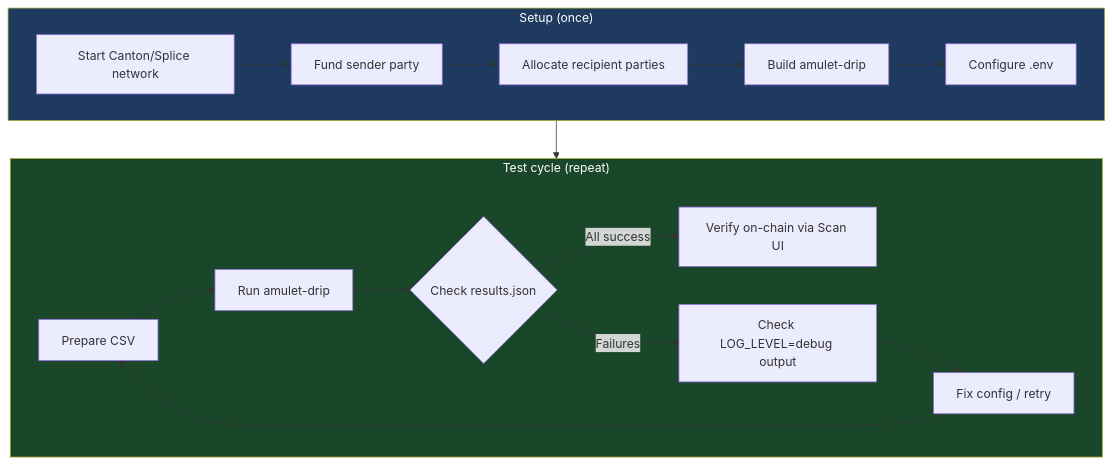
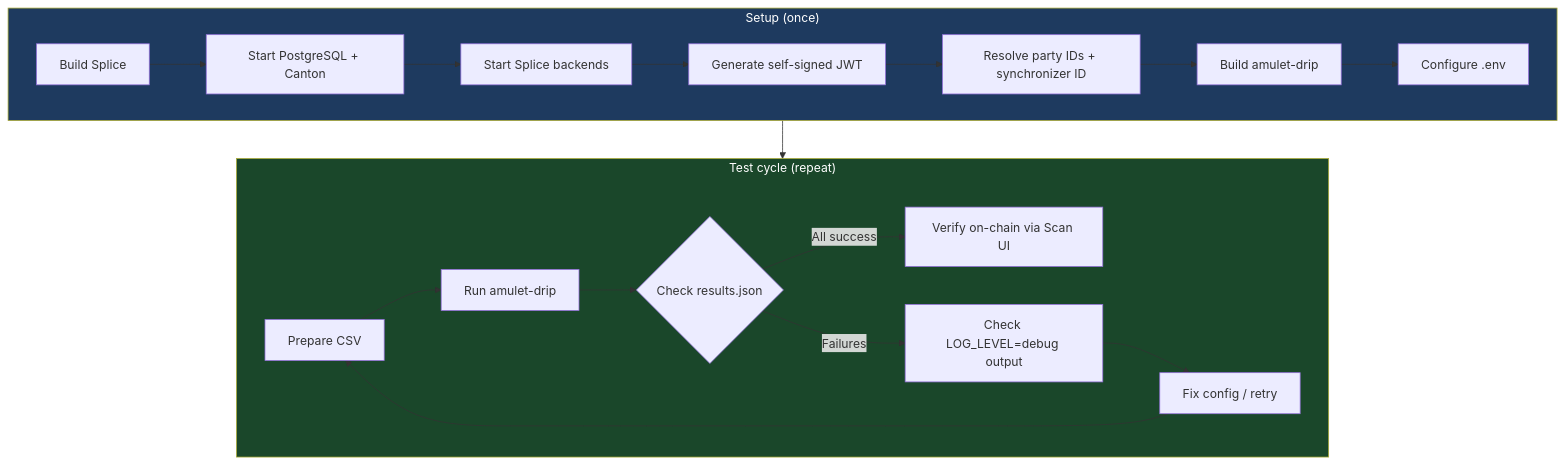
Before and after one commit to hyperledger-labs/splice: the second of 2 diagrams in amulet-drip/TESTING.md, drawn with Mermaid. The commit also changed other lines of this file and 1 other file, not shown here.

Commit message:
docs(amulet-drip): update README and TESTING.md with verified ports, auth flow, and troubleshooting

````diff
--- a/amulet-drip/TESTING.md
+++ b/amulet-drip/TESTING.md
@@ -494,23 +494,25 @@
 ```mermaid
 flowchart TD
     subgraph Setup["Setup (once)"]
-        A[Start Canton/Splice network] --> B[Fund sender party]
-        B --> C[Allocate recipient parties]
-        C --> D[Build amulet-drip]
-        D --> E[Configure .env]
+        A[Build Splice] --> B[Start PostgreSQL + Canton]
+        B --> C[Start Splice backends]
+        C --> D[Generate self-signed JWT]
+        D --> E[Resolve party IDs + synchronizer ID]
+        E --> F[Build amulet-drip]
+        F --> G[Configure .env]
     end
 
     subgraph Test["Test cycle (repeat)"]
-        F[Prepare CSV] --> G[Run amulet-drip]
-        G --> H{Check results.json}
-        H -->|All success| I[Verify on-chain via Scan UI]
-        H -->|Failures| J[Check LOG_LEVEL=debug output]
-        J --> K[Fix config / retry]
-        K --> F
+        H[Prepare CSV] --> I[Run amulet-drip]
+        I --> J{Check results.json}
+        J -->|All success| K[Verify on-chain via Scan UI]
+        J -->|Failures| L[Check LOG_LEVEL=debug output]
+        L --> M[Fix config / retry]
+        M --> H
     end
 
     Setup --> Test
 
     style Setup fill:#1e3a5f,color:#fff
     style Test fill:#1a472a,color:#fff
 ```
````
